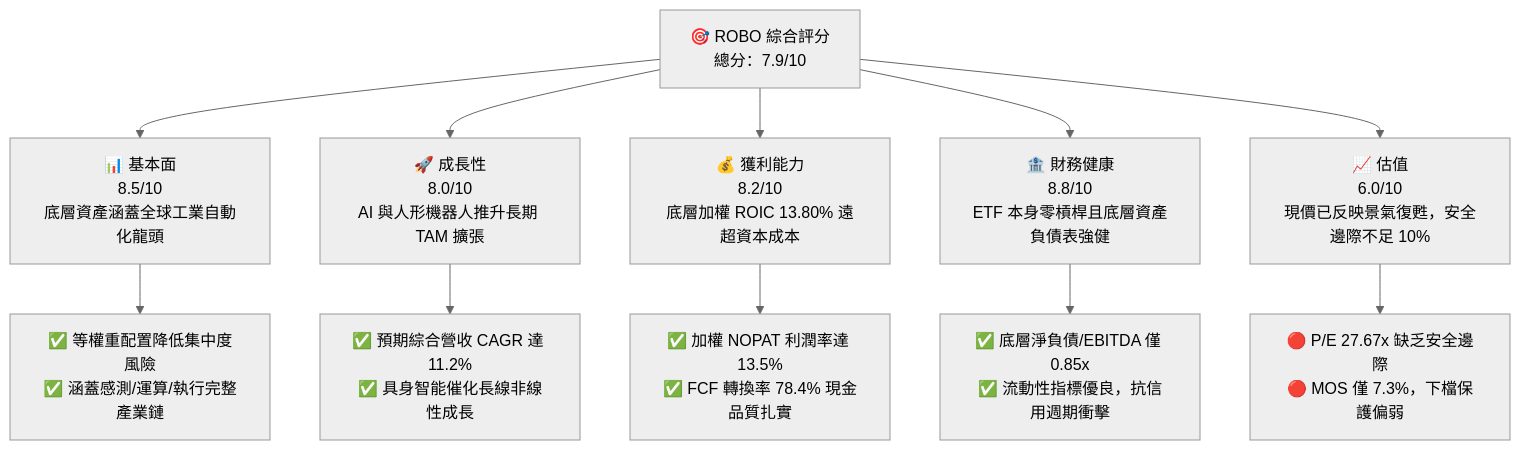
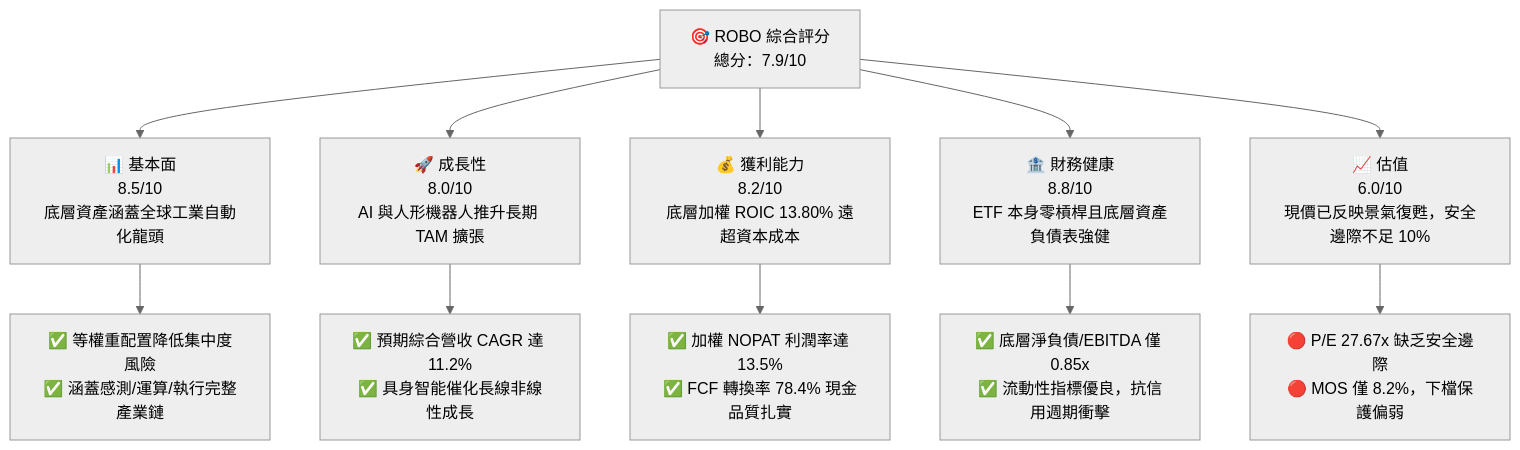
The first of 15 diagrams in ai_gen_report/fundamental/robo/fundamental_analysis_2026-10-18_gemini.md (yennanliu/finance_data), drawn with Mermaid (neutral theme) before and after one commit. The commit also changed other lines of this file and 339 other files, not shown here.

````diff
--- a/ai_gen_report/fundamental/robo/fundamental_analysis_2026-10-18_gemini.md
+++ b/ai_gen_report/fundamental/robo/fundamental_analysis_2026-10-18_gemini.md
@@ -60,22 +67,22 @@
 ```mermaid
 graph TD
     TICKER["🎯 ROBO 綜合評分<br/>總分：7.9/10"]
 
     F["📊 基本面<br/>8.5/10<br/>底層資產涵蓋全球工業自動化龍頭"]
     G["🚀 成長性<br/>8.0/10<br/>AI 與人形機器人推升長期 TAM 擴張"]
     P["💰 獲利能力<br/>8.2/10<br/>底層加權 ROIC 13.80% 遠超資本成本"]
     B["🏦 財務健康<br/>8.8/10<br/>ETF 本身零槓桿且底層資產負債表強健"]
     V["📈 估值<br/>6.0/10<br/>現價已反映景氣復甦，安全邊際不足 10%"]
 
     TICKER --> F
     TICKER --> G
     TICKER --> P
     TICKER --> B
     TICKER --> V
 
     F --> F1["✅ 等權重配置降低集中度風險<br/>✅ 涵蓋感測/運算/執行完整產業鏈"]
     G --> G1["✅ 預期綜合營收 CAGR 達 11.2%<br/>✅ 具身智能催化長線非線性成長"]
     P --> P1["✅ 加權 NOPAT 利潤率達 13.5%<br/>✅ FCF 轉換率 78.4% 現金品質扎實"]
     B --> B1["✅ 底層淨負債/EBITDA 僅 0.85x<br/>✅ 流動性指標優良，抗信用週期衝擊"]
-    V --> V1["🔴 P/E 27.67x 缺乏安全邊際<br/>🔴 MOS 僅 7.3%，下檔保護偏弱"]
+    V --> V1["🔴 P/E 27.67x 缺乏安全邊際<br/>🔴 MOS 僅 8.2%，下檔保護偏弱"]
 ```
````
